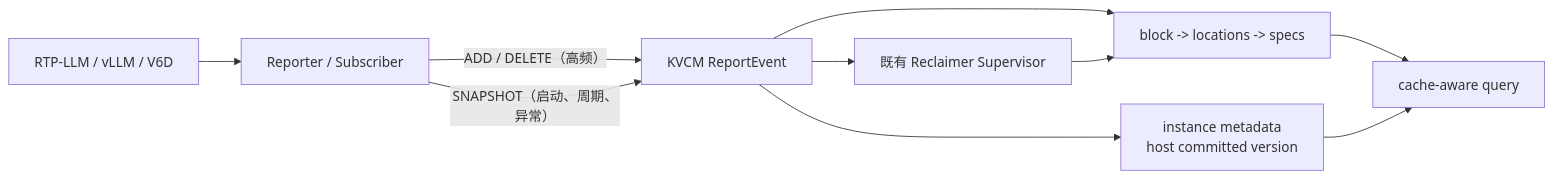
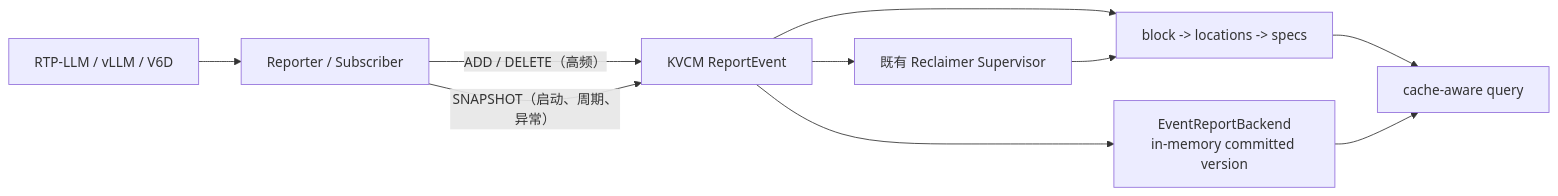
Before and after one commit to putaopi7/tair-kvcache: the first of 2 diagrams in docs/design/report_event_snapshot_uri_version.md, drawn with Mermaid. The commit also changed other lines of this file and 13 other files, not shown here.

Commit message:
[kvcm] simplify authoritative ReportEvent snapshots

````diff
--- a/docs/design/report_event_snapshot_uri_version.md
+++ b/docs/design/report_event_snapshot_uri_version.md
@@ -44,12 +44,12 @@
 ```mermaid
 flowchart LR
     Engine["RTP-LLM / vLLM / V6D"] --> Adapter["Reporter / Subscriber"]
     Adapter -->|"ADD / DELETE（高频）"| ReportEvent["KVCM ReportEvent"]
     Adapter -->|"SNAPSHOT（启动、周期、异常）"| ReportEvent
     ReportEvent --> Meta["block -> locations -> specs"]
-    ReportEvent --> Version["instance metadata<br/>host committed version"]
+    ReportEvent --> Version["EventReportBackend<br/>in-memory committed version"]
     Meta --> Query["cache-aware query"]
     Version --> Query
     ReportEvent --> Reclaimer["既有 Reclaimer Supervisor"]
     Reclaimer --> Meta
 ```
````
